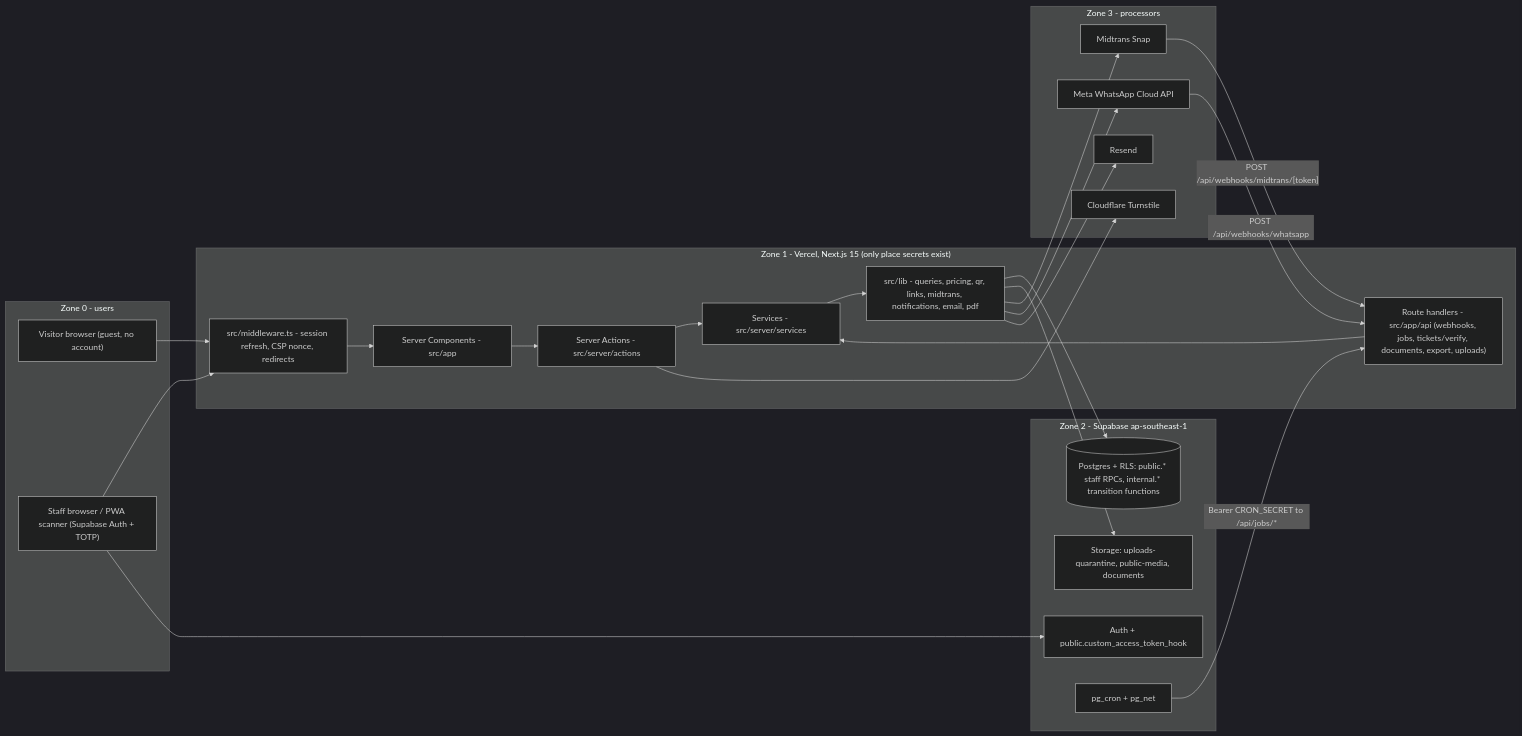
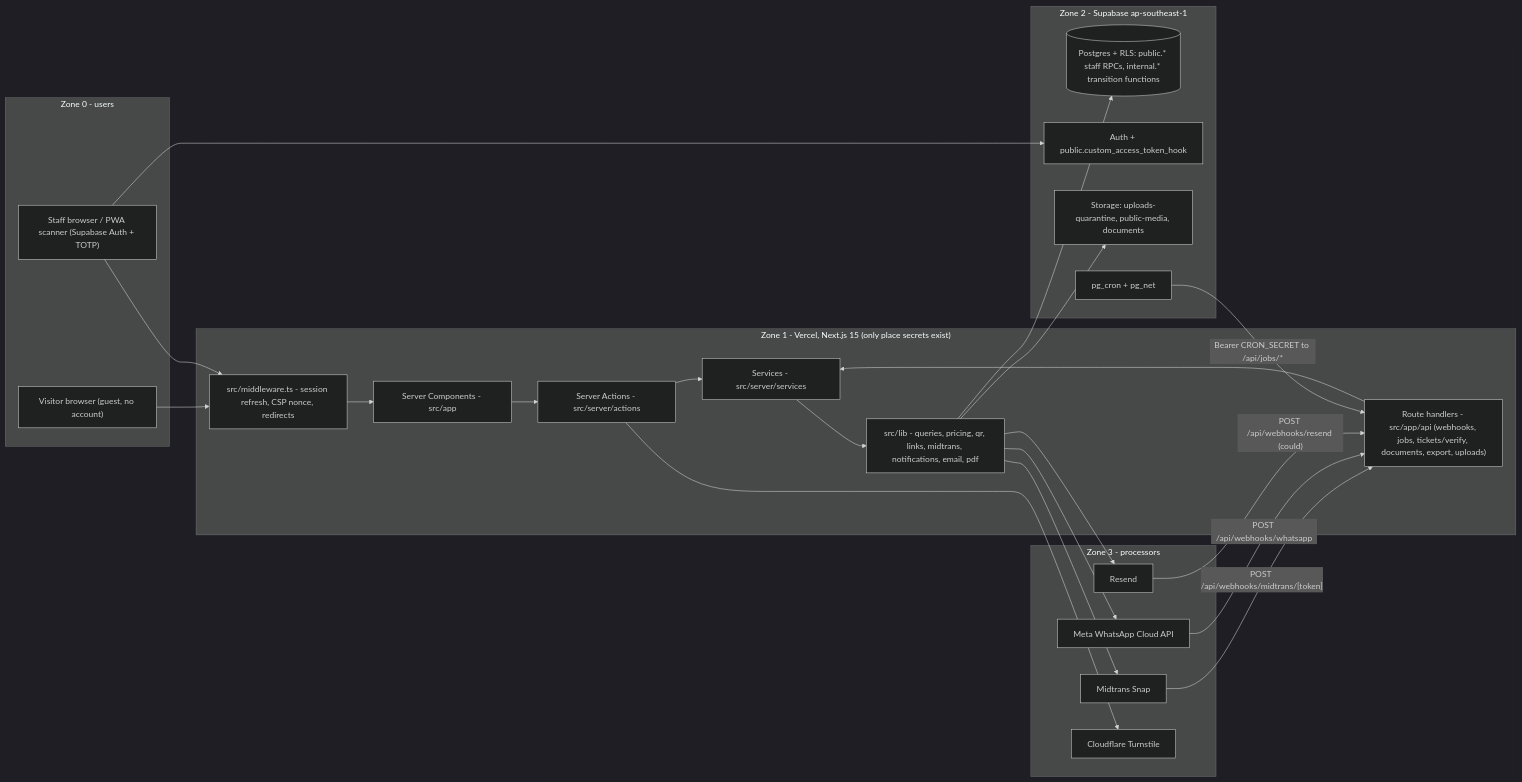
Before and after one commit to MuhammadNur02/gisikdrono-edu-wisata: the diagram in CLAUDE.md, drawn with Mermaid (dark theme). The commit also changed other lines of this file and 4 other files, not shown here.

````diff
--- a/CLAUDE.md
+++ b/CLAUDE.md
@@ -73,39 +73,40 @@
 ```mermaid
 flowchart LR
   subgraph Z0["Zone 0 - users"]
     V["Visitor browser (guest, no account)"]
     S["Staff browser / PWA scanner (Supabase Auth + TOTP)"]
   end
   subgraph Z1["Zone 1 - Vercel, Next.js 15 (only place secrets exist)"]
     MW["src/middleware.ts - session refresh, CSP nonce, redirects"]
     RSC["Server Components - src/app"]
     SA["Server Actions - src/server/actions"]
     RH["Route handlers - src/app/api (webhooks, jobs, tickets/verify, documents, export, uploads)"]
     SVC["Services - src/server/services"]
     LIB["src/lib - queries, pricing, qr, links, midtrans, notifications, email, pdf"]
   end
   subgraph Z2["Zone 2 - Supabase ap-southeast-1"]
     PG[("Postgres + RLS: public.* staff RPCs, internal.* transition functions")]
     AU["Auth + public.custom_access_token_hook"]
     ST["Storage: uploads-quarantine, public-media, documents"]
     CR["pg_cron + pg_net"]
   end
   subgraph Z3["Zone 3 - processors"]
     MT["Midtrans Snap"]
     WA["Meta WhatsApp Cloud API"]
     RS["Resend"]
     TS["Cloudflare Turnstile"]
   end
   V --> MW --> RSC --> SA --> SVC --> LIB --> PG
   S --> MW
   S --> AU
   RH --> SVC
   LIB --> ST
   LIB --> MT
   LIB --> WA
   LIB --> RS
   SA --> TS
   MT -- "POST /api/webhooks/midtrans/[token]" --> RH
   WA -- "POST /api/webhooks/whatsapp" --> RH
+  RS -- "POST /api/webhooks/resend (could)" --> RH
   CR -- "Bearer CRON_SECRET to /api/jobs/*" --> RH
 ```
````
